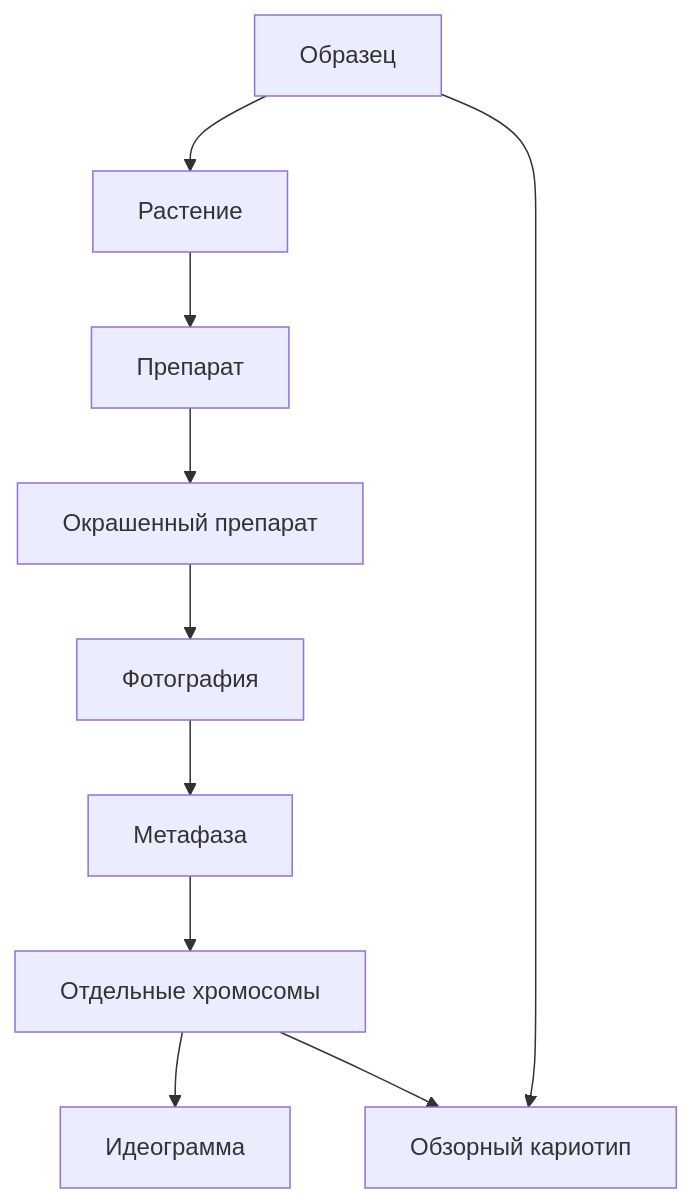
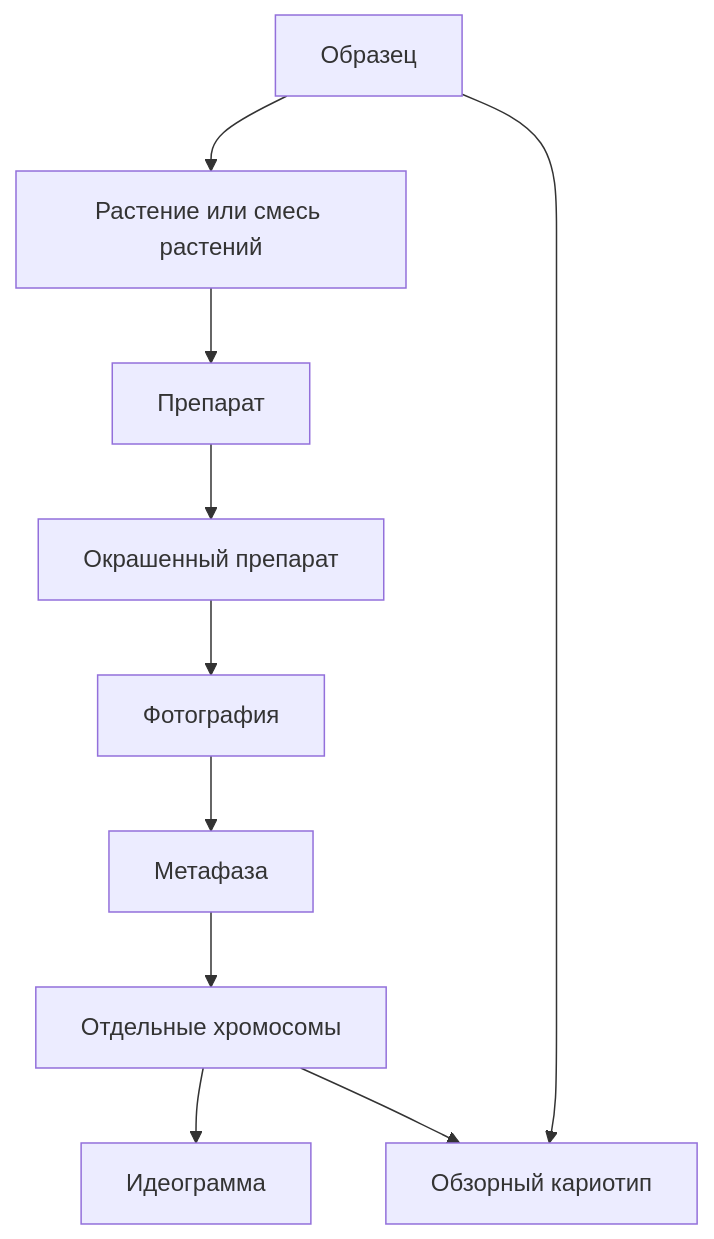
The diagram in docs/журнал/02_объекты_и_связи.md (Sycheslav/karyolab), drawn with Mermaid before and after one commit. The commit also changed other lines of this file and 85 other files, not shown here.

````diff
--- a/docs/журнал/02_объекты_и_связи.md
+++ b/docs/журнал/02_объекты_и_связи.md
@@ -7,22 +7,22 @@
 ```mermaid
 flowchart TB
     Sample["Образец"]
-    Plant["Растение"]
+    Plant["Растение или смесь растений"]
     Preparation["Препарат"]
     StainedPreparation["Окрашенный препарат"]
     Photo["Фотография"]
     Metaphase["Метафаза"]
     ChromosomeSet["Отдельные хромосомы"]
     Ideogram["Идеограмма"]
     Overview["Обзорный кариотип"]
 
     Sample --> Plant
     Plant --> Preparation
     Preparation --> StainedPreparation
     StainedPreparation --> Photo
     Photo --> Metaphase
     Metaphase --> ChromosomeSet
     ChromosomeSet --> Ideogram
     ChromosomeSet --> Overview
     Sample --> Overview
 ```
````
